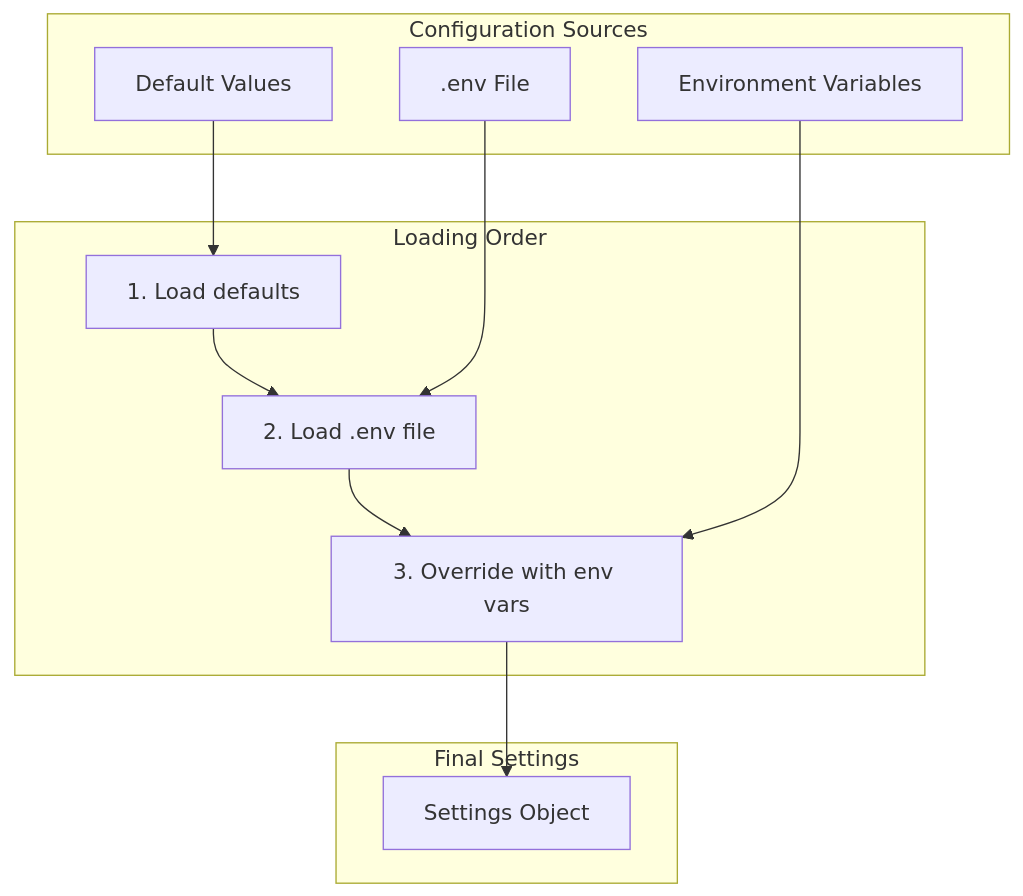
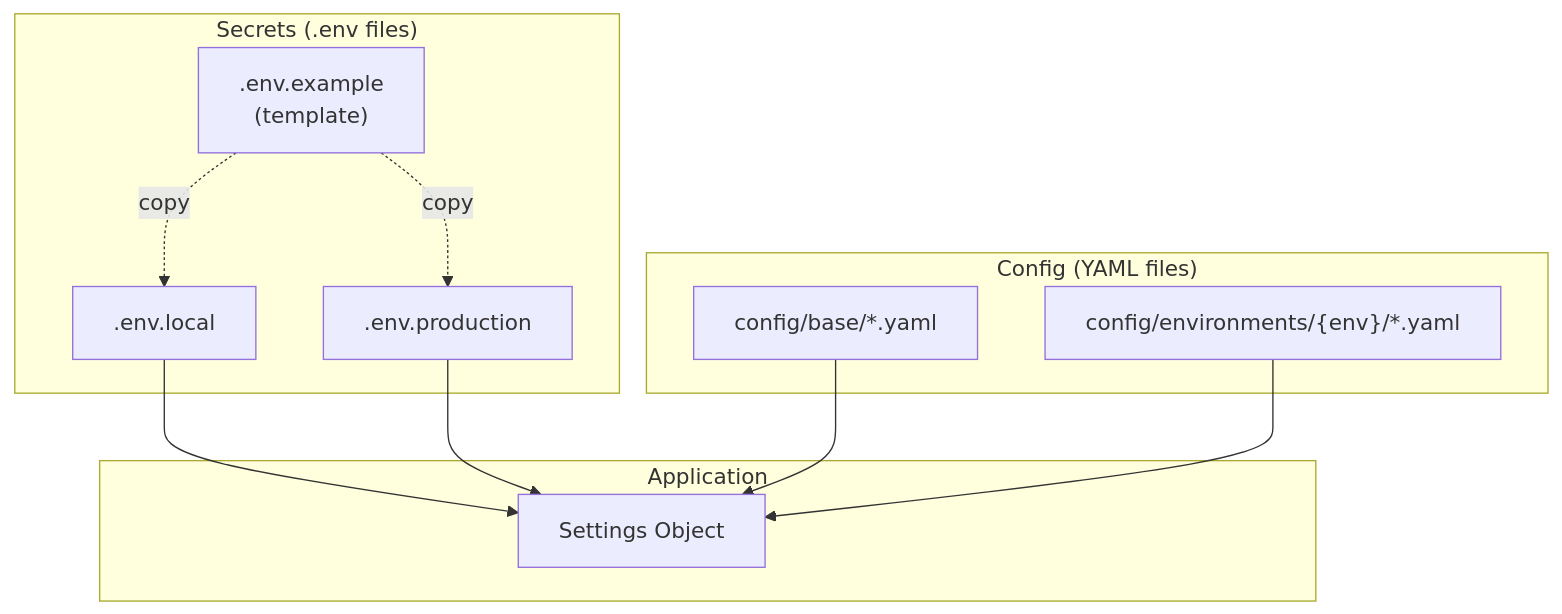
The first of 8 diagrams in docs/configuration.md (Recipe-Web-App/recipe-scraper-service), drawn with Mermaid before and after one commit. The commit also changed other lines of this file and 20 other files, not shown here.

````diff
--- a/docs/configuration.md
+++ b/docs/configuration.md
@@ -7,22 +14,23 @@
 ```mermaid
 flowchart TB
-    subgraph Sources["Configuration Sources"]
-        Defaults[Default Values]
-        EnvFile[".env File"]
-        EnvVars[Environment Variables]
+    subgraph Secrets["Secrets (.env files)"]
+        EnvExample[".env.example\n(template)"]
+        EnvLocal[".env.local"]
+        EnvProd[".env.production"]
     end
 
-    subgraph Loading["Loading Order"]
-        L1["1. Load defaults"]
-        L2["2. Load .env file"]
-        L3["3. Override with env vars"]
+    subgraph Config["Config (YAML files)"]
+        Base["config/base/*.yaml"]
+        Envs["config/environments/{env}/*.yaml"]
     end
 
-    subgraph Result["Final Settings"]
+    subgraph App["Application"]
         Settings[Settings Object]
     end
 
-    Defaults --> L1 --> L2
-    EnvFile --> L2 --> L3
-    EnvVars --> L3 --> Settings
+    EnvExample -.->|copy| EnvLocal & EnvProd
+    EnvLocal --> Settings
+    EnvProd --> Settings
+    Base --> Settings
+    Envs --> Settings
 ```
````
